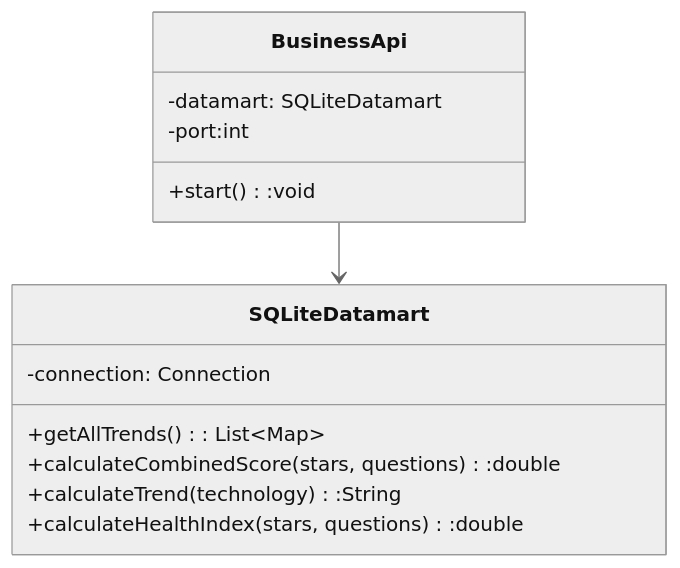
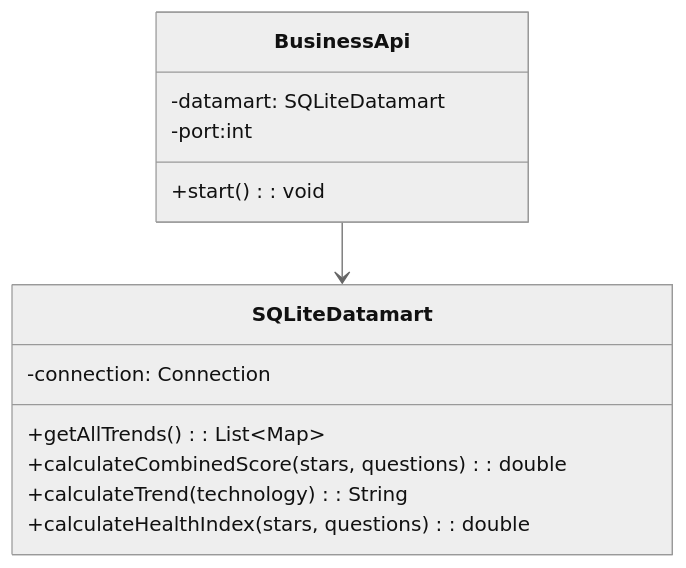
One commit to TechnoRadar/techno-radar changed the fifth of 5 diagrams in README.md. Above: the diagram before and after it, drawn with Mermaid (neutral theme). The commit also changed other lines of this file, not shown here.

````diff
--- a/README.md
+++ b/README.md
@@ -306,16 +306,16 @@
 ```mermaid
 classDiagram
     class BusinessApi {
         -datamart: SQLiteDatamart
         -port:int
-        +start():void
+        +start() : void
     }
     class SQLiteDatamart {
         -connection: Connection
         +getAllTrends(): List~Map~
-        +calculateCombinedScore(stars, questions):double
-        +calculateTrend(technology):String
-        +calculateHealthIndex(stars, questions):double
+        +calculateCombinedScore(stars, questions) : double
+        +calculateTrend(technology) : String
+        +calculateHealthIndex(stars, questions) : double
     }
     BusinessApi --> SQLiteDatamart
 ```
````
